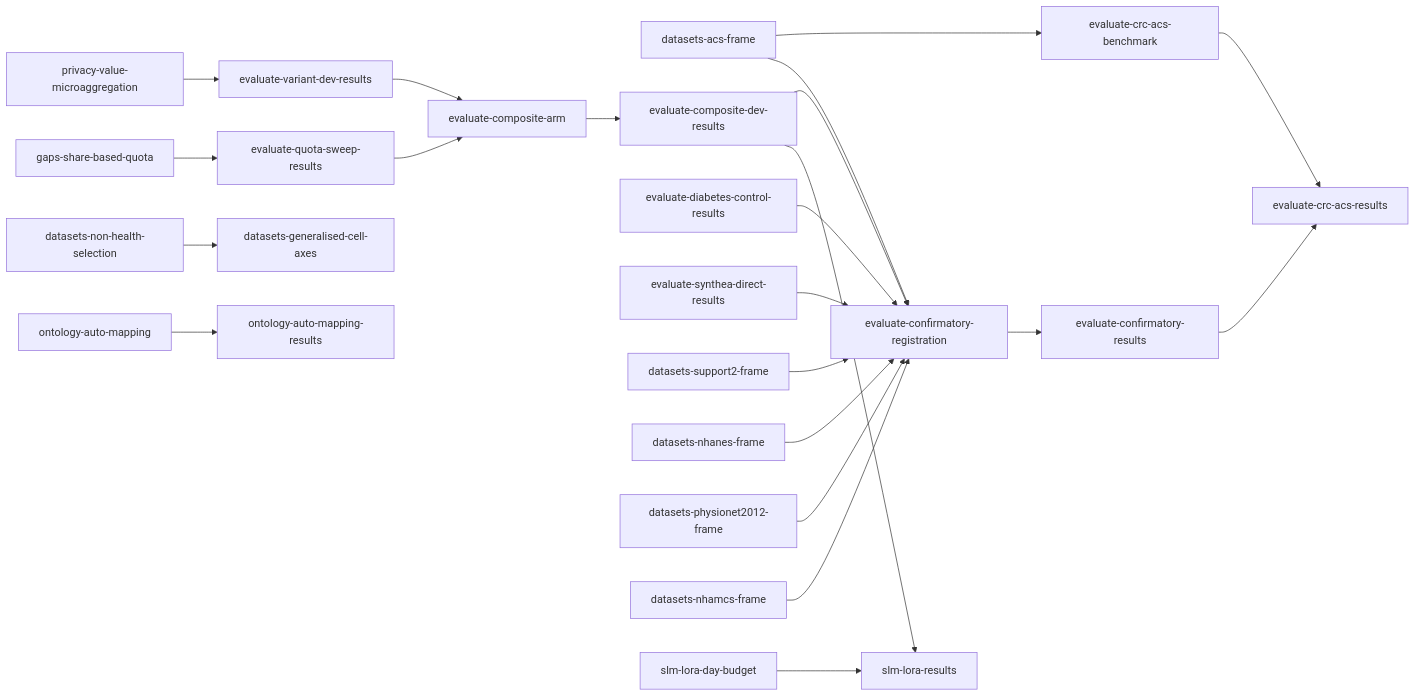
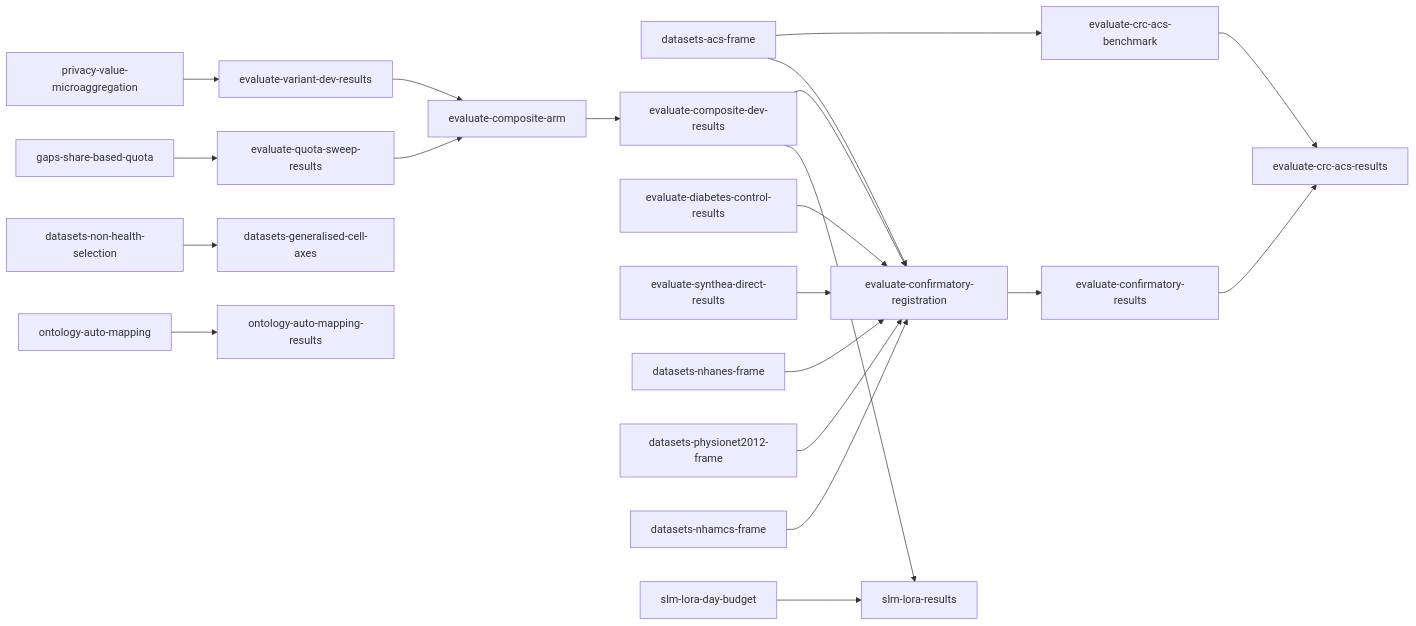
One commit to joe-dartmouth/synthetic changed the diagram in tasks/direct-index.md. Above: the diagram before and after it, drawn with Mermaid. The commit also changed other lines of this file and 50 other files, not shown here.

First line of the commit message:
Add the SUPPORT2 frame and the dataset catalog (#135)

````diff
--- a/tasks/direct-index.md
+++ b/tasks/direct-index.md
@@ -68,24 +67,23 @@
 ```mermaid
 flowchart LR
     u16[privacy-value-microaggregation] --> u19[evaluate-variant-dev-results]
     u20[gaps-share-based-quota] --> u21[evaluate-quota-sweep-results]
     u27[datasets-acs-frame] --> u41[evaluate-crc-acs-benchmark]
     u49[datasets-non-health-selection] --> u50[datasets-generalised-cell-axes]
     u19 --> u28[evaluate-composite-arm]
     u21 --> u28
     u28 --> u29[evaluate-composite-dev-results]
     u7[evaluate-diabetes-control-results] --> u30[evaluate-confirmatory-registration]
     u8[evaluate-synthea-direct-results] --> u30
-    u25[datasets-support2-frame] --> u30
     u26[datasets-nhanes-frame] --> u30
     u27 --> u30
     u47[datasets-physionet2012-frame] --> u30
     u48[datasets-nhamcs-frame] --> u30
     u29 --> u30
     u30 --> u31[evaluate-confirmatory-results]
     u41 --> u42[evaluate-crc-acs-results]
     u31 --> u42
     u32[ontology-auto-mapping] --> u33[ontology-auto-mapping-results]
     u29 --> u36[slm-lora-results]
     u51[slm-lora-day-budget] --> u36
 ```
````
